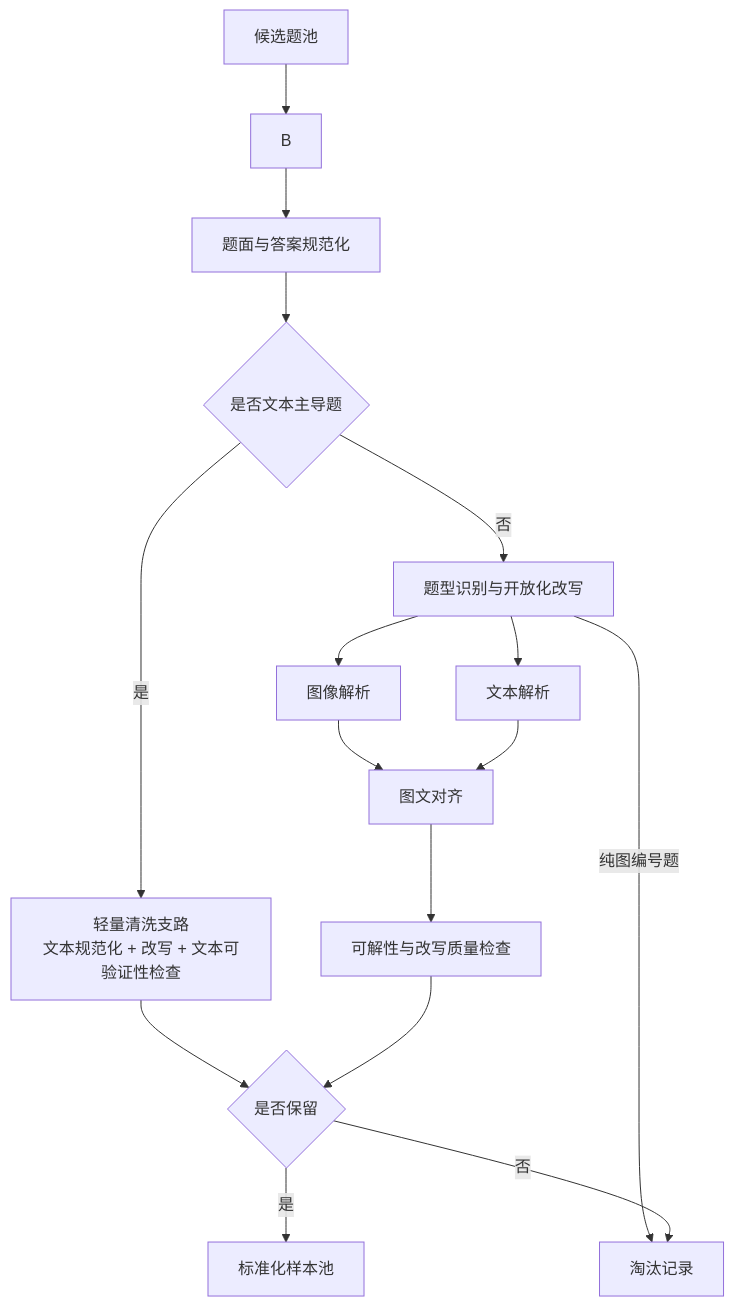
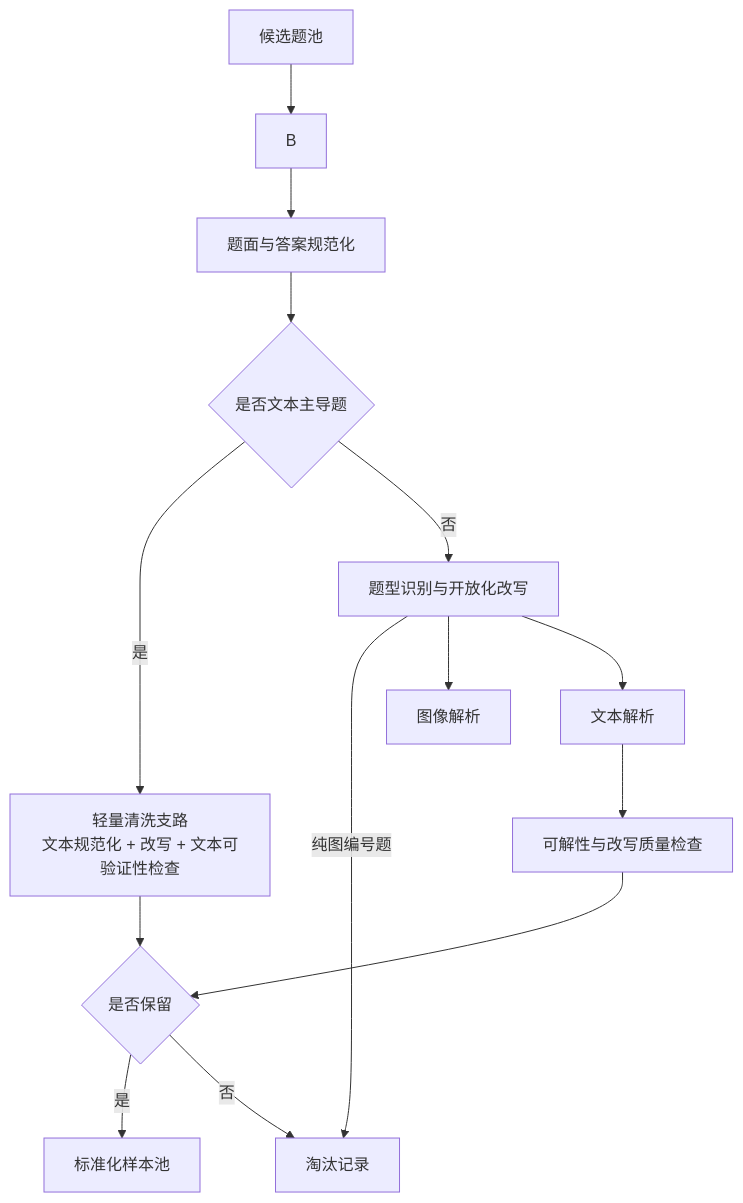
The third of 3 diagrams in plans/pipeline初步设计.md (qiuboboo/agent-pipeline), drawn with Mermaid before and after one commit. The commit also changed other lines of this file and 822 other files, not shown here.

````diff
--- a/plans/pipeline初步设计.md
+++ b/plans/pipeline初步设计.md
@@ -270,18 +237,16 @@
 ```mermaid
 flowchart TD
     A[候选题池] --> B
     B --> C[题面与答案规范化]
     C --> C1{是否文本主导题}
     C1 -->|是| C2[轻量清洗支路\n文本规范化 + 改写 + 文本可验证性检查]
     C1 -->|否| D[题型识别与开放化改写]
     C2 --> I{是否保留}
     D -->|纯图编号题| K[淘汰记录]
     D --> E[图像解析]
     D --> F[文本解析]
-    E --> G[图文对齐]
-    F --> G
-    G --> H[可解性与改写质量检查]
+    F--> H[可解性与改写质量检查]
     H --> I{是否保留}
     I -->|是| J[标准化样本池]
     I -->|否| K[淘汰记录]
 ```
````
